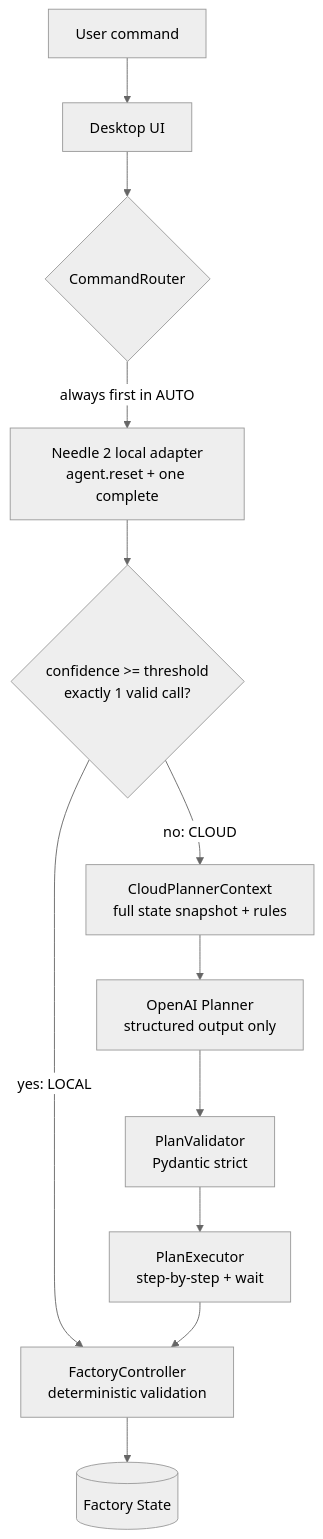
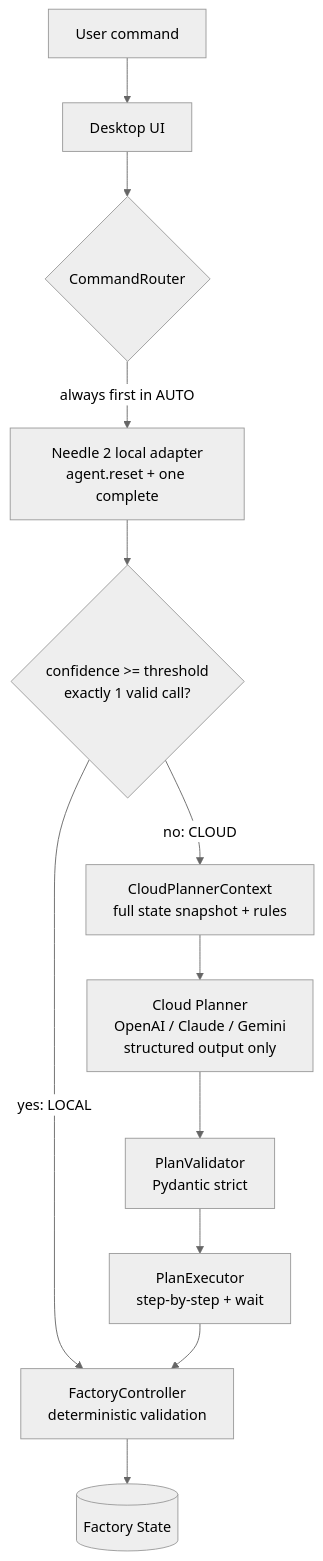
One commit to sinbumu/needle-factory-sim changed the diagram in README.md. Above: the diagram before and after it, drawn with Mermaid (neutral theme). The commit also changed other lines of this file and 19 other files, not shown here.

First line of the commit message:
feat: support Anthropic (Claude) and Google (Gemini) cloud planners

````diff
--- a/README.md
+++ b/README.md
@@ -27,14 +28,14 @@
 ```mermaid
 flowchart TD
     U[User command] --> UI[Desktop UI]
     UI --> R{CommandRouter}
     R -->|always first in AUTO| N[Needle 2 local adapter<br/>agent.reset + one complete]
     N --> D{confidence >= threshold<br/>exactly 1 valid call?}
     D -->|yes: LOCAL| FC[FactoryController<br/>deterministic validation]
     D -->|no: CLOUD| CTX[CloudPlannerContext<br/>full state snapshot + rules]
-    CTX --> O[OpenAI Planner<br/>structured output only]
+    CTX --> O[Cloud Planner<br/>OpenAI / Claude / Gemini<br/>structured output only]
     O --> V[PlanValidator<br/>Pydantic strict]
     V --> PE[PlanExecutor<br/>step-by-step + wait]
     PE --> FC
     FC --> FS[(Factory State)]
 ```
````
